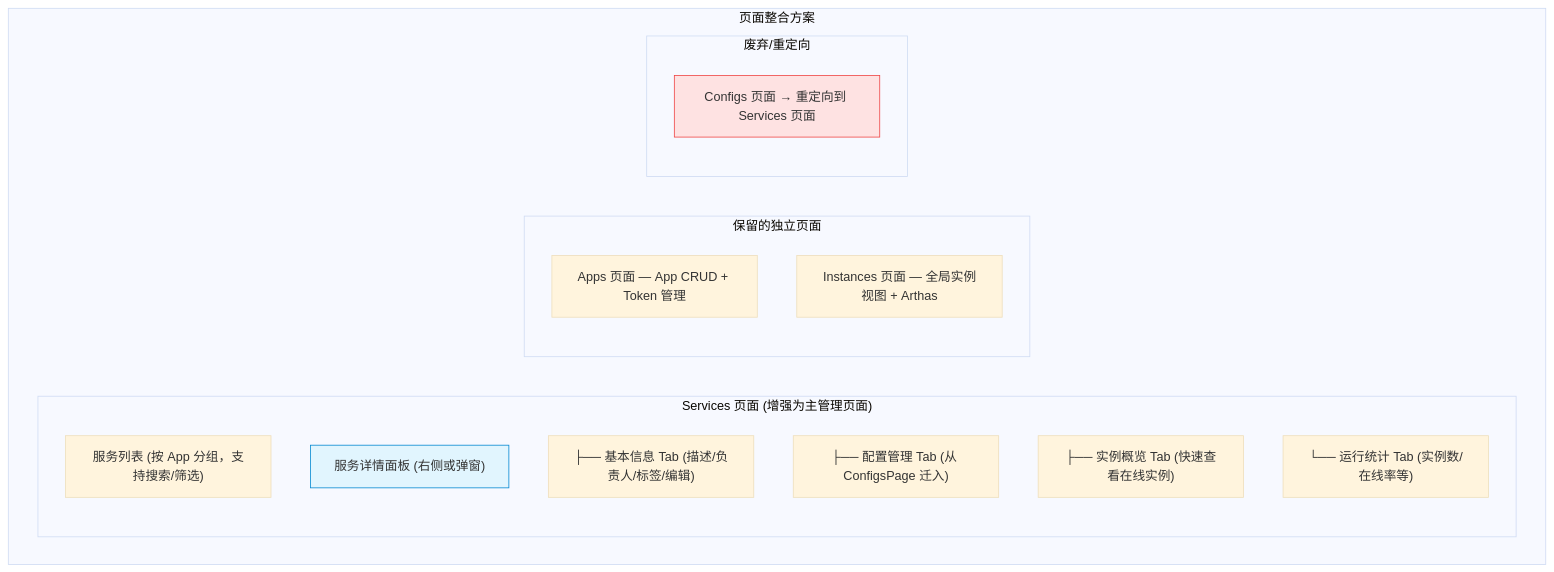
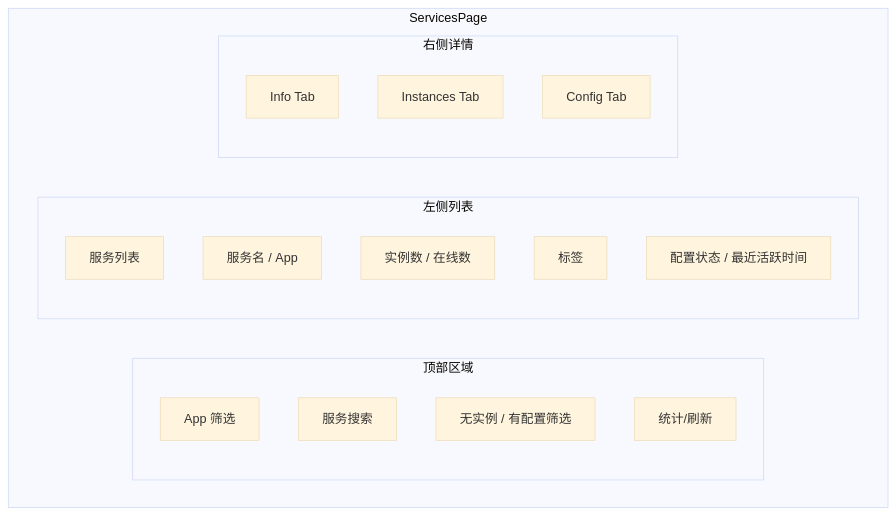
One commit to junjiewwang/custom-opentelemetry-collector changed the fifth of 6 diagrams in docs/service-entity-architecture.md. Above: the diagram before and after it, drawn with Mermaid (base theme). The commit also changed other lines of this file, not shown here.

First line of the commit message:
docs: update service entity architecture - Phase 1~5 progress

````diff
--- a/docs/service-entity-architecture.md
+++ b/docs/service-entity-architecture.md
@@ -448,25 +705,25 @@
 ```mermaid
 graph TB
-    subgraph "页面整合方案"
-        subgraph "Services 页面 (增强为主管理页面)"
-            S1["服务列表 (按 App 分组，支持搜索/筛选)"]
-            S2["服务详情面板 (右侧或弹窗)"]
-            S3["├── 基本信息 Tab (描述/负责人/标签/编辑)"]
-            S4["├── 配置管理 Tab (从 ConfigsPage 迁入)"]
-            S5["├── 实例概览 Tab (快速查看在线实例)"]
-            S6["└── 运行统计 Tab (实例数/在线率等)"]
+    subgraph "ServicesPage"
+        subgraph "顶部区域"
+            T1["App 筛选"]
+            T2["服务搜索"]
+            T3["无实例 / 有配置筛选"]
+            T4["统计/刷新"]
         end
 
-        subgraph "保留的独立页面"
-            P1["Apps 页面 — App CRUD + Token 管理"]
-            P2["Instances 页面 — 全局实例视图 + Arthas"]
+        subgraph "左侧列表"
+            L1["服务列表"]
+            L2["服务名 / App"]
+            L3["实例数 / 在线数"]
+            L4["标签"]
+            L5["配置状态 / 最近活跃时间"]
         end
 
-        subgraph "废弃/重定向"
-            P3["Configs 页面 → 重定向到 Services 页面"]
+        subgraph "右侧详情"
+            R1["Info Tab"]
+            R2["Instances Tab"]
+            R3["Config Tab"]
         end
     end
-
-    style S2 fill:#e1f5fe,stroke:#0288d1
-    style P3 fill:#fee2e2,stroke:#ef4444
 ```
````
